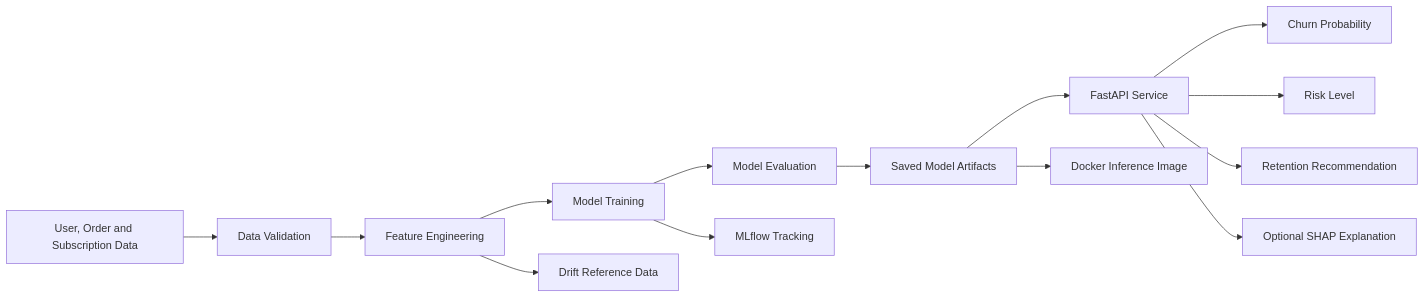
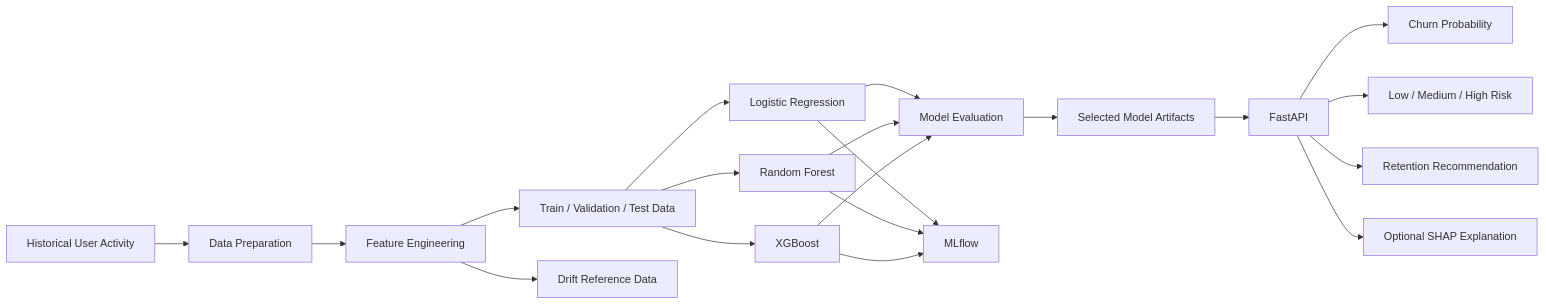
The diagram in README.md (VijayaKumarchinta/Haett_MLOps_Intern_Assessment_), drawn with Mermaid before and after one commit. The commit also changed other lines of this file, not shown here.

````diff
--- a/README.md
+++ b/README.md
@@ -74,16 +78,22 @@
 ```mermaid
 flowchart LR
-    A[User, Order and Subscription Data] --> B[Data Validation]
+    A[Historical User Activity] --> B[Data Preparation]
     B --> C[Feature Engineering]
-    C --> D[Model Training]
-    D --> E[Model Evaluation]
-    D --> F[MLflow Tracking]
-    E --> G[Saved Model Artifacts]
-    G --> H[FastAPI Service]
-    H --> I[Churn Probability]
-    H --> J[Risk Level]
-    H --> K[Retention Recommendation]
-    H --> L[Optional SHAP Explanation]
-    G --> M[Docker Inference Image]
-    C --> N[Drift Reference Data]
+    C --> D[Train / Validation / Test Data]
+    D --> E[Logistic Regression]
+    D --> F[Random Forest]
+    D --> G[XGBoost]
+    E --> H[Model Evaluation]
+    F --> H
+    G --> H
+    E --> I[MLflow]
+    F --> I
+    G --> I
+    H --> J[Selected Model Artifacts]
+    J --> K[FastAPI]
+    K --> L[Churn Probability]
+    K --> M[Low / Medium / High Risk]
+    K --> N[Retention Recommendation]
+    K --> O[Optional SHAP Explanation]
+    C --> P[Drift Reference Data]
 ```
````
